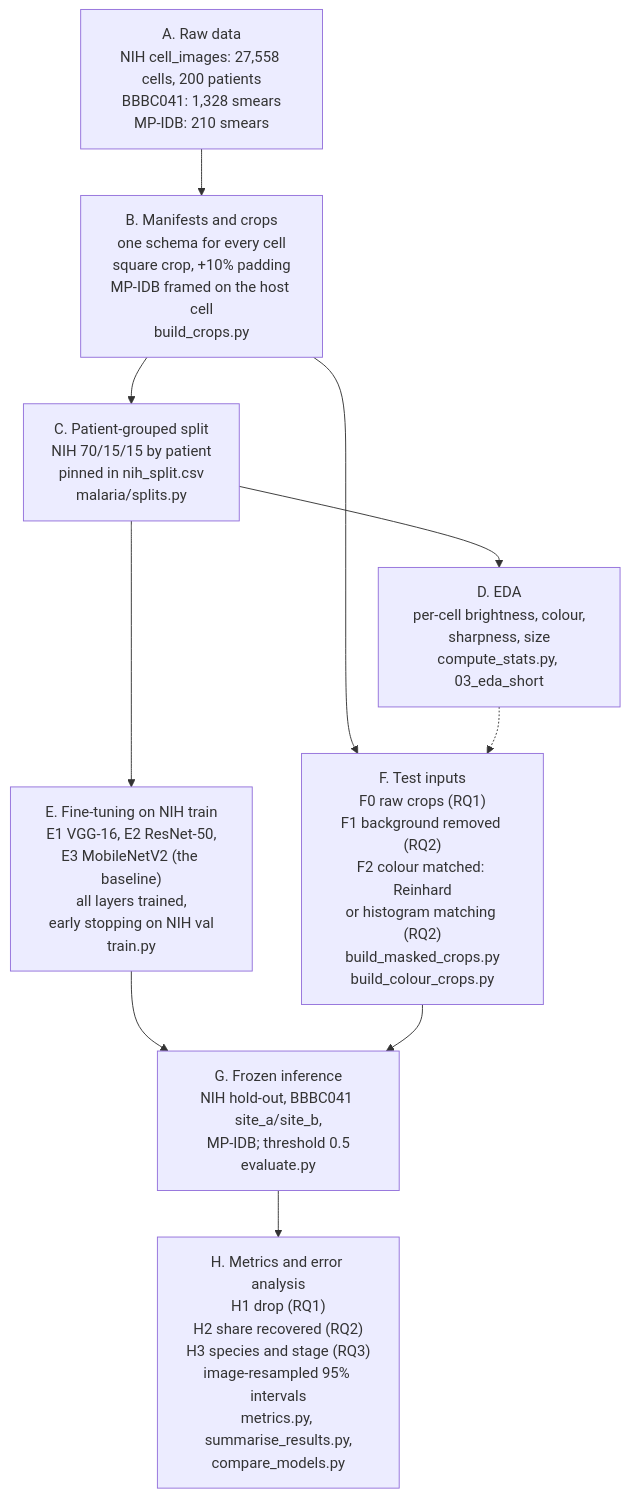
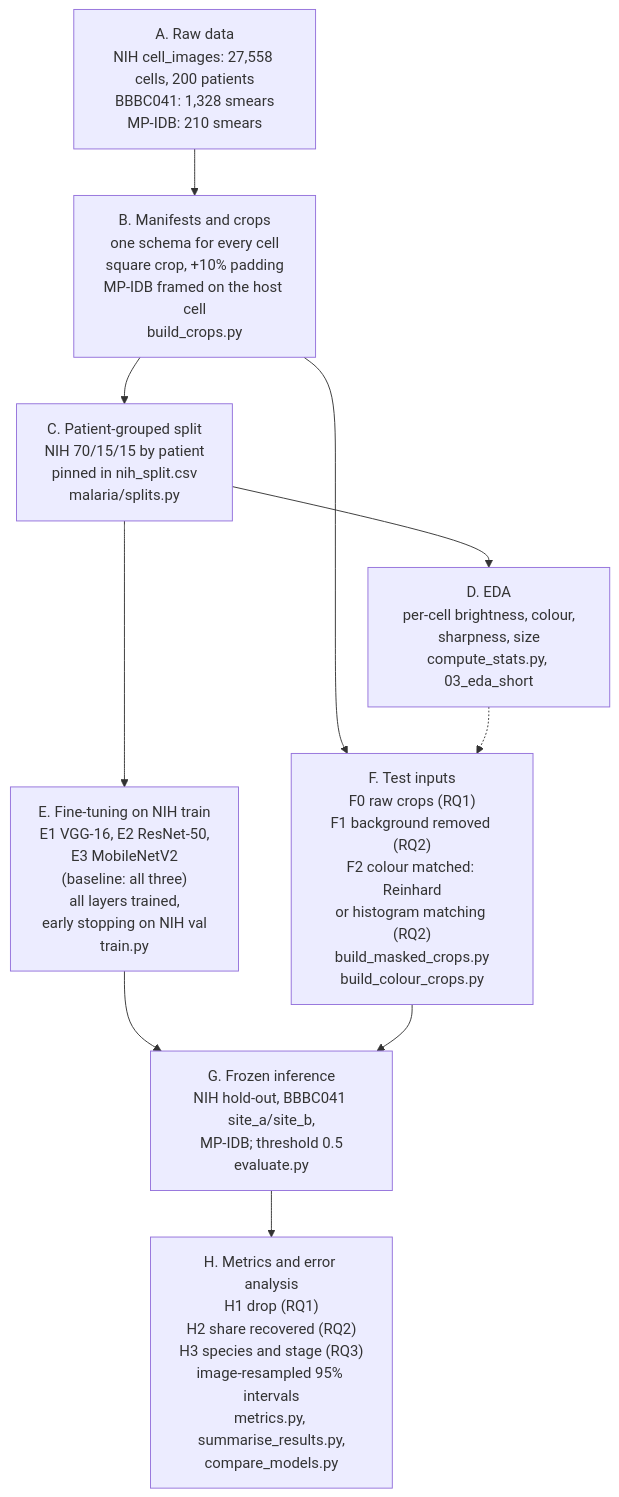
Before and after one commit to noahtjonsk/malaria-cross-dataset: the diagram in docs/methodology_overview.md, drawn with Mermaid. The commit also changed other lines of this file and 1 other file, not shown here.

First line of the commit message:
Show the full RQ2 table and correct the baseline label and split wording

````diff
--- a/docs/methodology_overview.md
+++ b/docs/methodology_overview.md
@@ -40,18 +40,18 @@
 ```mermaid
 flowchart TB
     A["A. Raw data<br/>NIH cell_images: 27,558 cells, 200 patients<br/>BBBC041: 1,328 smears<br/>MP-IDB: 210 smears"]
     B["B. Manifests and crops<br/>one schema for every cell<br/>square crop, +10% padding<br/>MP-IDB framed on the host cell<br/>build_crops.py"]
     C["C. Patient-grouped split<br/>NIH 70/15/15 by patient<br/>pinned in nih_split.csv<br/>malaria/splits.py"]
     D["D. EDA<br/>per-cell brightness, colour,<br/>sharpness, size<br/>compute_stats.py, 03_eda_short"]
     F["F. Test inputs<br/>F0 raw crops (RQ1)<br/>F1 background removed (RQ2)<br/>F2 colour matched: Reinhard<br/>or histogram matching (RQ2)<br/>build_masked_crops.py<br/>build_colour_crops.py"]
-    E["E. Fine-tuning on NIH train<br/>E1 VGG-16, E2 ResNet-50,<br/>E3 MobileNetV2 (the baseline)<br/>all layers trained,<br/>early stopping on NIH val<br/>train.py"]
+    E["E. Fine-tuning on NIH train<br/>E1 VGG-16, E2 ResNet-50,<br/>E3 MobileNetV2<br/>(baseline: all three)<br/>all layers trained,<br/>early stopping on NIH val<br/>train.py"]
     G["G. Frozen inference<br/>NIH hold-out, BBBC041 site_a/site_b,<br/>MP-IDB; threshold 0.5<br/>evaluate.py"]
     H["H. Metrics and error analysis<br/>H1 drop (RQ1)<br/>H2 share recovered (RQ2)<br/>H3 species and stage (RQ3)<br/>image-resampled 95% intervals<br/>metrics.py, summarise_results.py,<br/>compare_models.py"]
     A --> B --> C --> D
     B --> F
     C --> E
     D -.-> F
     E --> G
     F --> G
     G --> H
 ```
````
